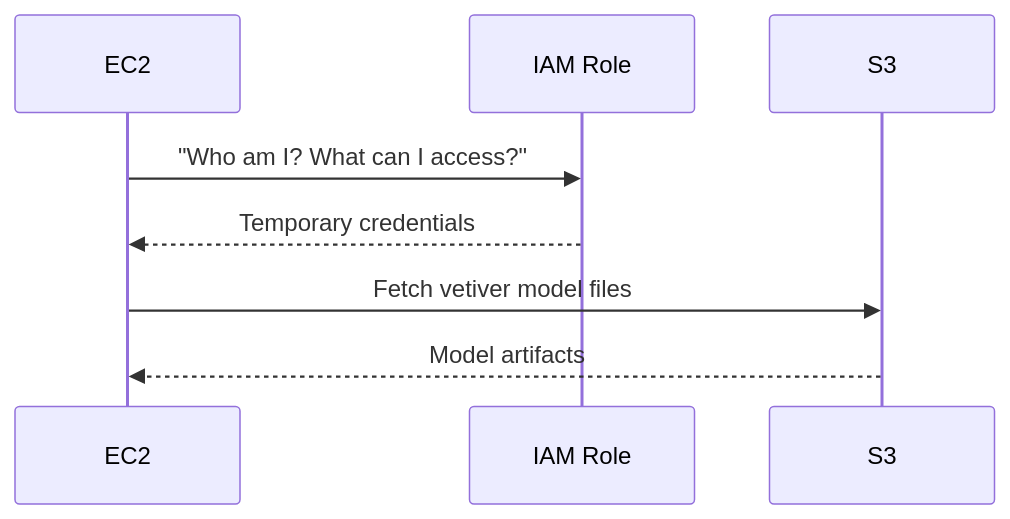
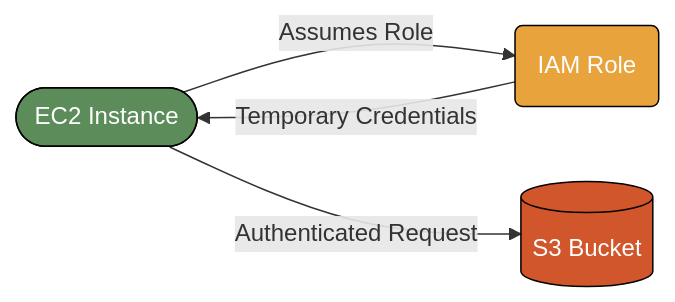
The third of 7 diagrams in aws-ec2.qmd (mjfrigaard/do4ds-labs), drawn with Mermaid before and after one commit. The commit also changed other lines of this file and 15 other files, not shown here.

````diff
--- a/aws-ec2.qmd
+++ b/aws-ec2.qmd
@@ -419,17 +349,18 @@
 ```{mermaid}
-%%| fig-cap: ‘EC2 Instances’
+%%| fig-cap: ‘EC2 Instances & IAM Roles’
 %%| fig-width: 7.0
 %%| fig-align: 'center'
 %%{init: {‘theme’: ‘base’, ‘themeVariables’: {‘fontFamily’: ‘monospace’}}}%%
 
-sequenceDiagram
-    participant EC2
-    participant IAM Role
-    participant S3
-
-    EC2->>IAM Role: "Who am I? What can I access?"
-    IAM Role-->>EC2: Temporary credentials
-    EC2->>S3: Fetch vetiver model files
-    S3-->>EC2: Model artifacts
+graph LR
+    EC2(["EC2 Instance"]) -->|"Assumes Role"| Role("IAM Role")
+    Role -->|"Temporary Credentials"| EC2
+    EC2 -->|"Authenticated Request"| S3[("S3 Bucket")]
+    
+    style EC2 fill:#5B8C5A,stroke:#000000,stroke-width:1px,color:#ffffff
+    style Role fill:#E8A33D,stroke:#000000,stroke-width:1px,color:#ffffff
+    style S3 fill:#D2562B,stroke:#000000,stroke-width:1px,color:#ffffff
+    %% style D fill:#1B2A41,stroke:#000000,stroke-width:1px,color:#ffffff
+    %% style EC2 fill:#2A6F77,stroke:#000000,stroke-width:1px,color:#ffffff
     
 ```
````
